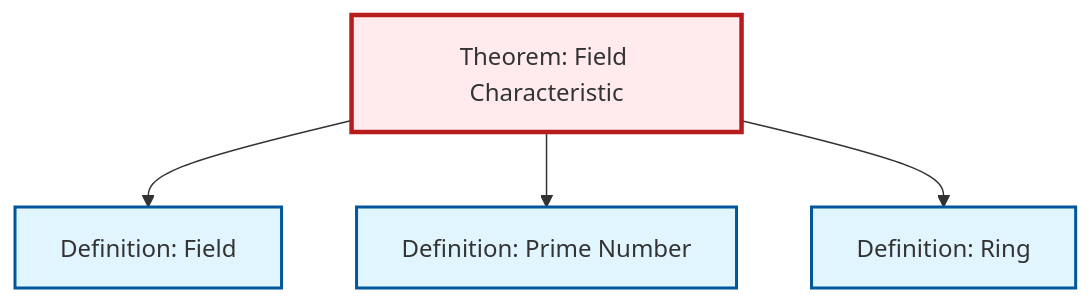
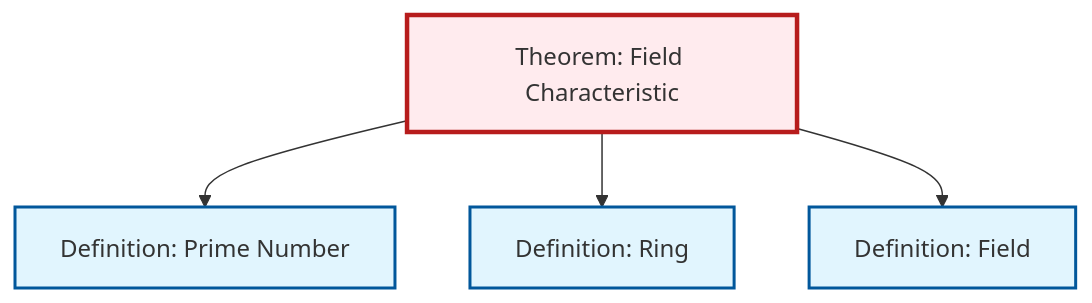
One commit to RK0429/ModernMath changed the diagram in content/ja/algebra/thm-field-characteristic.qmd. Above: the diagram before and after it, drawn with Mermaid. The commit also changed other lines of this file and 360 other files, not shown here.

````diff
--- a/content/ja/algebra/thm-field-characteristic.qmd
+++ b/content/ja/algebra/thm-field-characteristic.qmd
@@ -54,20 +54,20 @@
 ```{mermaid}
 %%| fig-cap: "Local dependency graph"
 graph TD
     classDef definition fill:#e1f5fe,stroke:#01579b,stroke-width:2px
     classDef theorem fill:#f3e5f5,stroke:#4a148c,stroke-width:2px
     classDef axiom fill:#fff3e0,stroke:#e65100,stroke-width:2px
     classDef example fill:#e8f5e9,stroke:#1b5e20,stroke-width:2px
     classDef current fill:#ffebee,stroke:#b71c1c,stroke-width:3px
-    thm-field-characteristic["Theorem: Field Characteristic"]:::theorem
-    def-field["Definition: Field"]:::definition
     def-ring["Definition: Ring"]:::definition
     def-prime["Definition: Prime Number"]:::definition
-    thm-field-characteristic --> def-field
+    def-field["Definition: Field"]:::definition
+    thm-field-characteristic["Theorem: Field Characteristic"]:::theorem
     thm-field-characteristic --> def-prime
     thm-field-characteristic --> def-ring
+    thm-field-characteristic --> def-field
     class thm-field-characteristic current
-    click def-field "def-field.html" "Definition: Fieldへ"
     click def-ring "def-ring.html" "Definition: Ringへ"
     click def-prime "def-prime.html" "Definition: Prime Numberへ"
+    click def-field "def-field.html" "Definition: Fieldへ"
 ```
````
